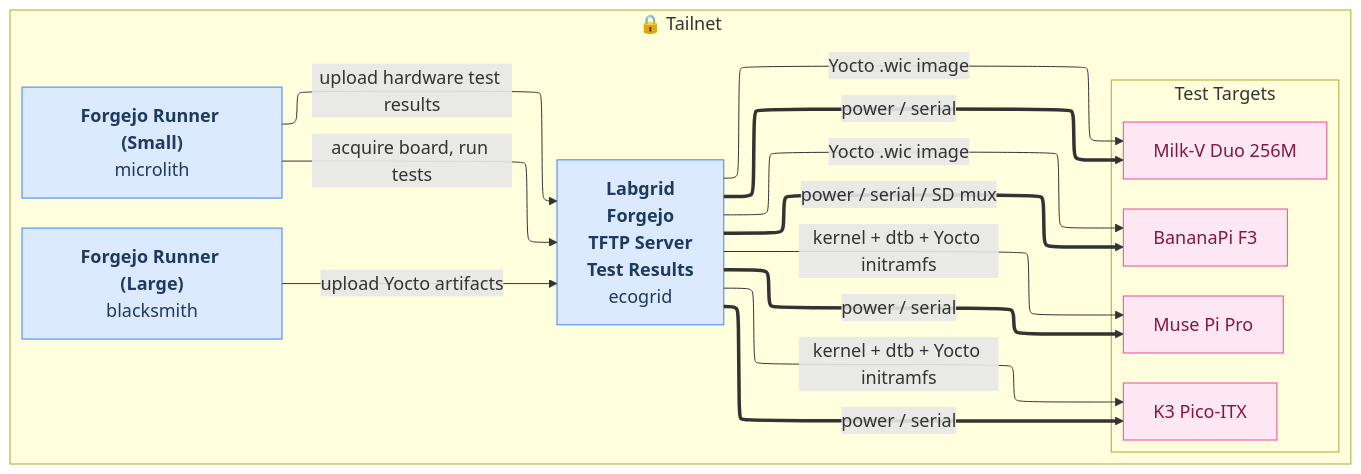
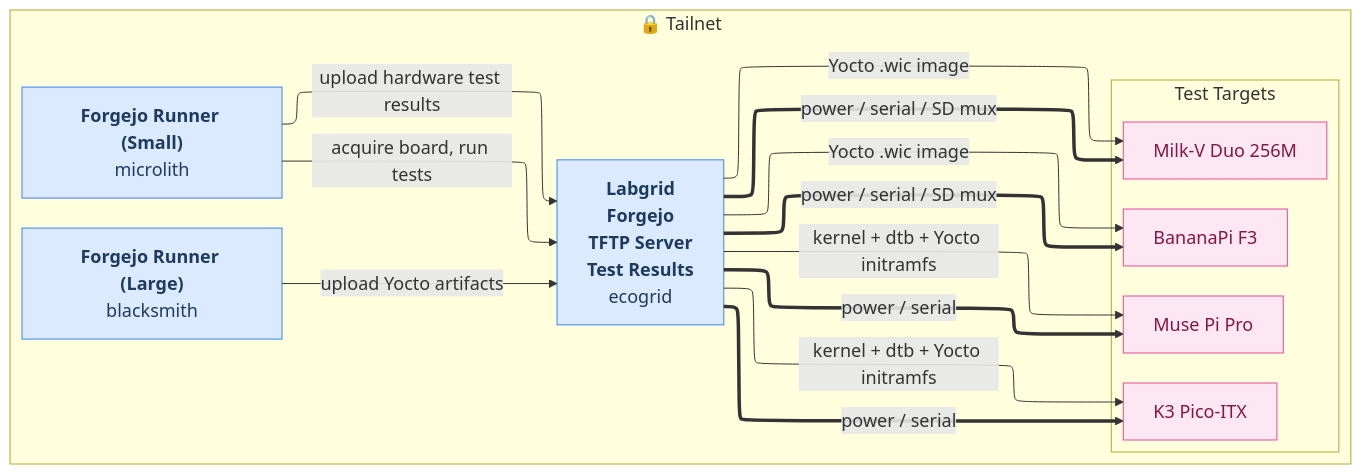
Before and after one commit to threexc/boardgarden: the diagram in docs/network.mmd, drawn with Mermaid. The commit also changed 3 other files, not shown here.

```diff
--- a/docs/network.mmd
+++ b/docs/network.mmd
@@ -1,35 +1,35 @@
 %%{init: {"theme": "default", "flowchart": {"htmlLabels": true, "nodeSpacing": 30, "rankSpacing": 60, "defaultRenderer": "elk"}, "themeVariables": {"fontSize": "18px", "fontFamily": "Liberation Sans"}} }%%
 flowchart LR
   subgraph tailnet["🔒 Tailnet"]
     ecogrid["<b>Labgrid</b><br/><b>Forgejo</b><br/><b>TFTP Server</b><br/><b>Test Results</b><br/>ecogrid"]
     runner1["<b>Forgejo Runner (Large)</b><br/>blacksmith"]
     runner2["<b>Forgejo Runner (Small)</b><br/>microlith"]
     subgraph boards["Test Targets"]
       direction TB
       board_1["BananaPi F3"]
       board_2["Muse Pi Pro"]
       board_3["Milk-V Duo 256M"]
       board_4["K3 Pico-ITX"]
     end
   end
 
   %% ── Hosted-on relationships ──
 
   %% ── Links ──
   ecogrid ==>|"power / serial / SD mux"| board_1
   ecogrid ==>|"power / serial"| board_2
-  ecogrid ==>|"power / serial"| board_3
+  ecogrid ==>|"power / serial / SD mux"| board_3
   ecogrid ==>|"power / serial"| board_4
   runner1 -->|"upload Yocto artifacts"| ecogrid
   runner2 -->|"acquire board, run tests"| ecogrid
   runner2 -->|"upload hardware test results"| ecogrid
   ecogrid -->|"Yocto .wic image"| board_1
   ecogrid -->|"kernel + dtb + Yocto initramfs"| board_2
   ecogrid -->|"Yocto .wic image"| board_3
   ecogrid -->|"kernel + dtb + Yocto initramfs"| board_4
 
   %% ── Styles ──
   classDef machine fill:#dbeafe,stroke:#3b82f6,color:#1e3a5f
   class ecogrid,runner1,runner2 machine
   classDef board fill:#fce7f3,stroke:#ec4899,color:#831843
   class board_1,board_2,board_3,board_4 board
```
